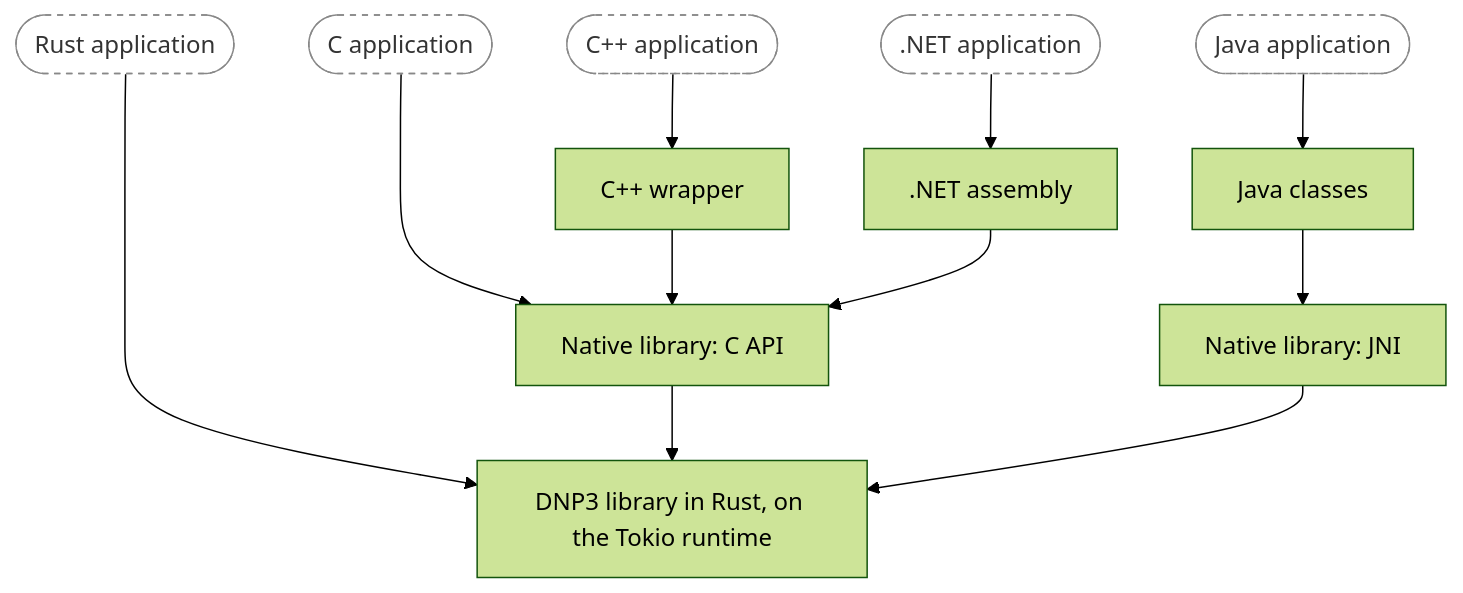
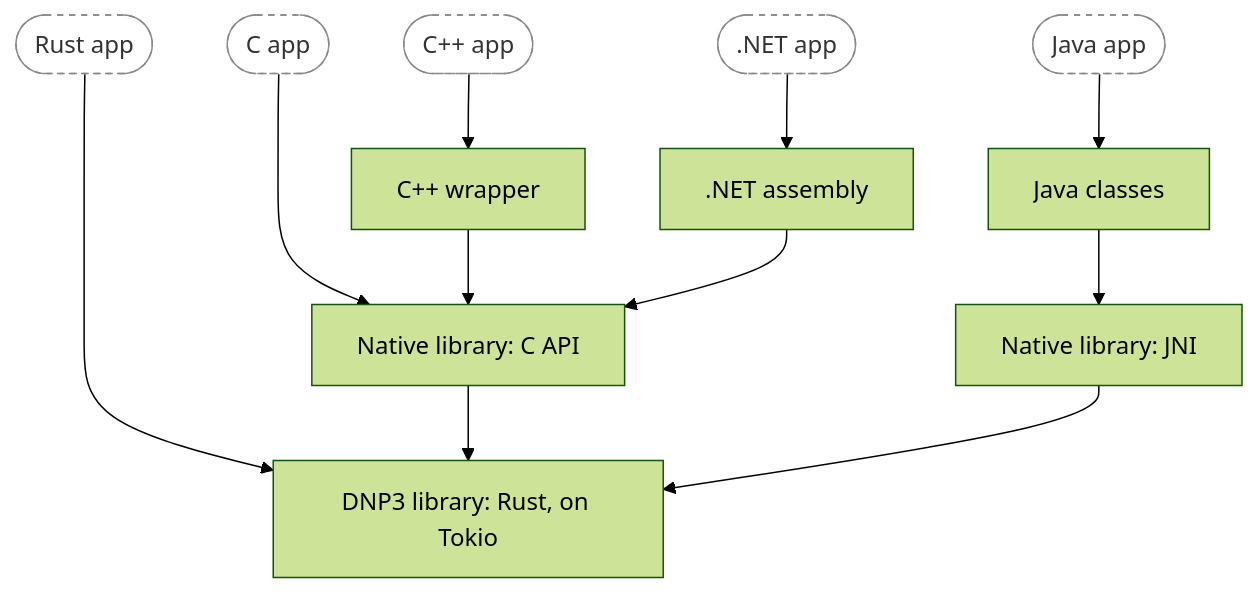
One commit to stepfunc/dnp3 changed the second of 2 diagrams in guide/docs/languages/bindings.mdx. Above: the diagram before and after it, drawn with Mermaid (forest theme). The commit also changed 6 other files, not shown here.

````diff
--- a/guide/docs/languages/bindings.mdx
+++ b/guide/docs/languages/bindings.mdx
@@ -42,25 +42,25 @@
 ```mermaid
 flowchart TB
-    rust(["Rust application"]):::user
-    c(["C application"]):::user
-    cpp(["C++ application"]):::user
-    cs([".NET application"]):::user
-    java(["Java application"]):::user
+    rust(["Rust app"]):::user
+    c(["C app"]):::user
+    cpp(["C++ app"]):::user
+    cs([".NET app"]):::user
+    java(["Java app"]):::user
     cppw["C++ wrapper"]
     csa[".NET assembly"]
     jar["Java classes"]
     capi["Native library: C API"]
     jni["Native library: JNI"]
-    core["DNP3 library in Rust, on the Tokio runtime"]
+    core["DNP3 library: Rust, on Tokio"]
     cpp --> cppw
     cs --> csa
     java --> jar
     c ---> capi
     cppw --> capi
     csa --> capi
     jar --> jni
     rust ----> core
     capi --> core
     jni --> core
     classDef user fill:#ffffff,stroke:#888888,stroke-dasharray:4 4,color:#333333
 ```
````
